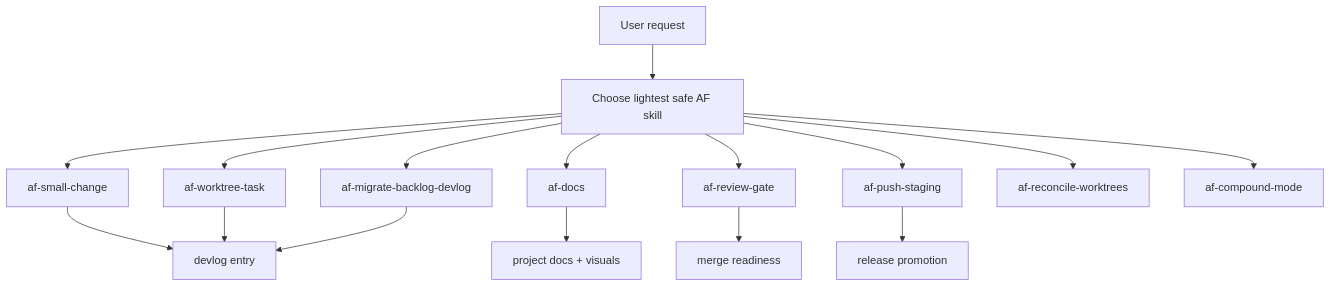
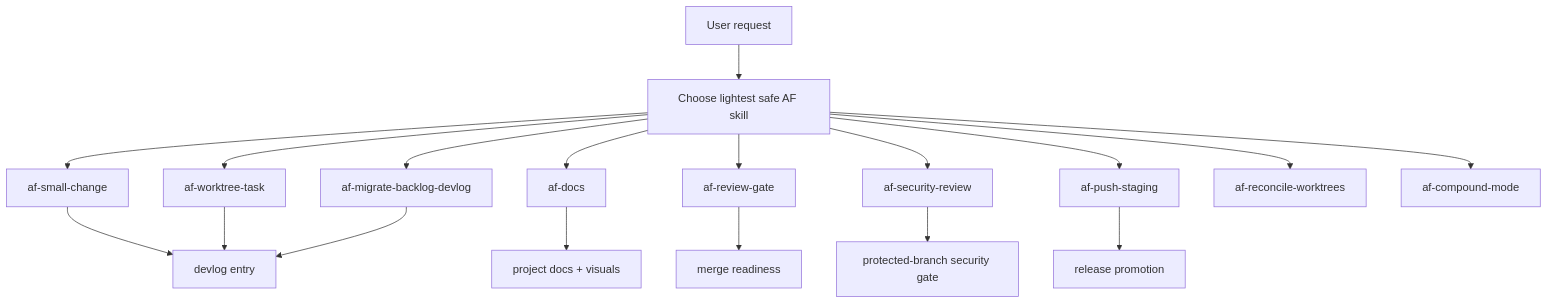
Before and after one commit to miketaheny/codex-setup: the fourth of 5 diagrams in docs/ARCHITECTURE.md, drawn with Mermaid. The commit also changed other lines of this file and 19 other files, not shown here.

Commit message:
docs: add formal security review gate

````diff
--- a/docs/ARCHITECTURE.md
+++ b/docs/ARCHITECTURE.md
@@ -86,19 +86,21 @@
 ```mermaid
 flowchart TD
     Request["User request"] --> Choose["Choose lightest safe AF skill"]
     Choose --> Small["af-small-change"]
     Choose --> Worktree["af-worktree-task"]
     Choose --> Docs["af-docs"]
     Choose --> Migration["af-migrate-backlog-devlog"]
     Choose --> Review["af-review-gate"]
+    Choose --> Security["af-security-review"]
     Choose --> Staging["af-push-staging"]
     Choose --> Reconcile["af-reconcile-worktrees"]
     Choose --> Compound["af-compound-mode"]
 
     Small --> Devlog["devlog entry"]
     Worktree --> Devlog
     Docs --> ProjectDocs["project docs + visuals"]
     Migration --> Devlog
     Review --> MergeDecision["merge readiness"]
+    Security --> ProtectedReview["protected-branch security gate"]
     Staging --> Protected["release promotion"]
 ```
````
